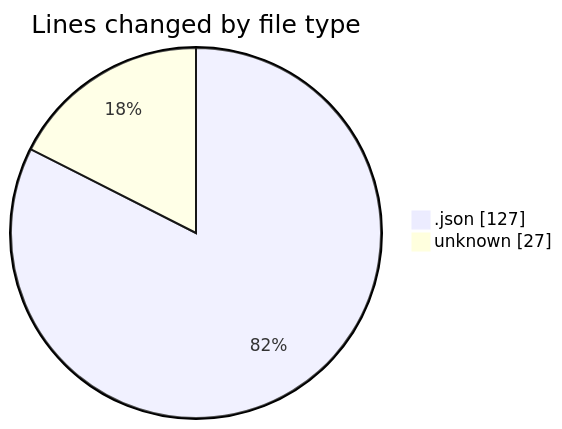
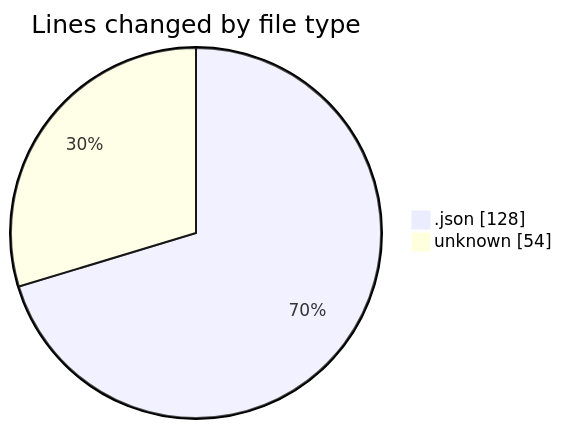
One commit to EIIisD/code-tracking changed the first of 2 diagrams in 2025-07-24/_claude/README.md. Above: the diagram before and after it, drawn with Mermaid. The commit also changed other lines of this file and 1 other file, not shown here.

````diff
--- a/2025-07-24/_claude/README.md
+++ b/2025-07-24/_claude/README.md
@@ -21,6 +23,6 @@
 ```mermaid
 pie showData
 title Lines changed by file type
-".json" : 127
-"unknown" : 27
+".json" : 128
+"unknown" : 54
 ```
````
